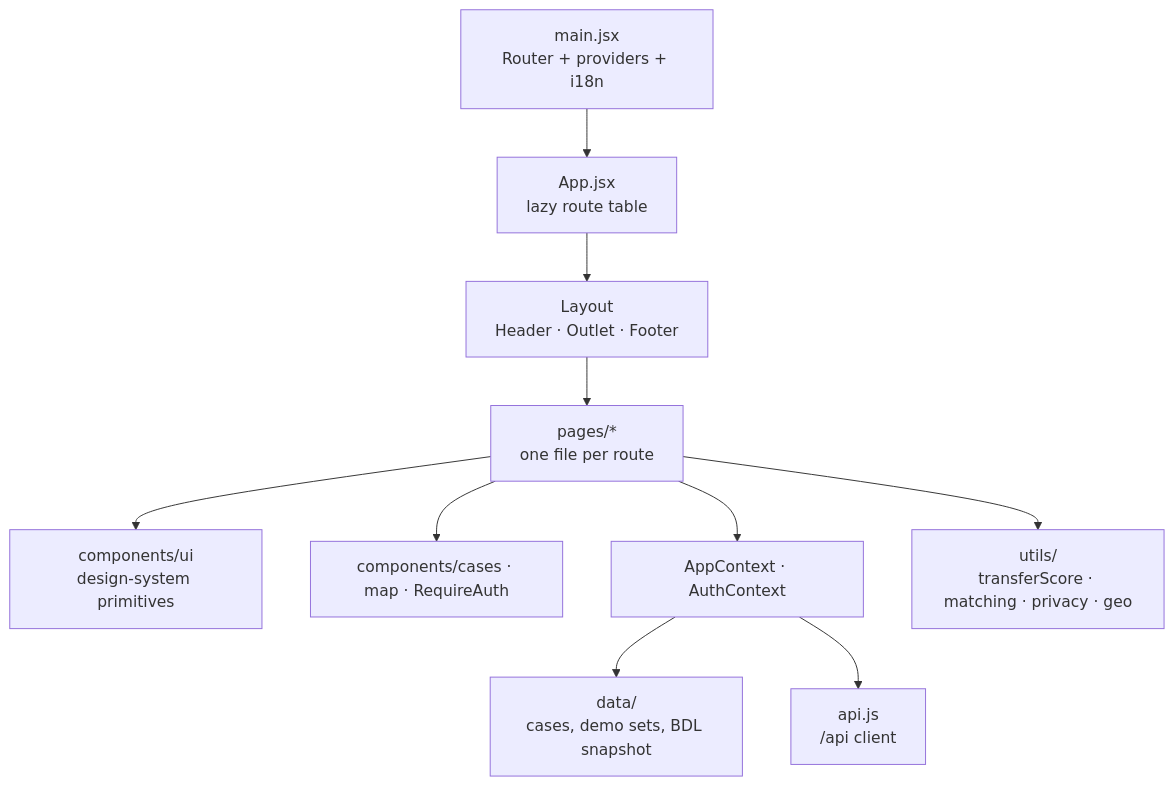
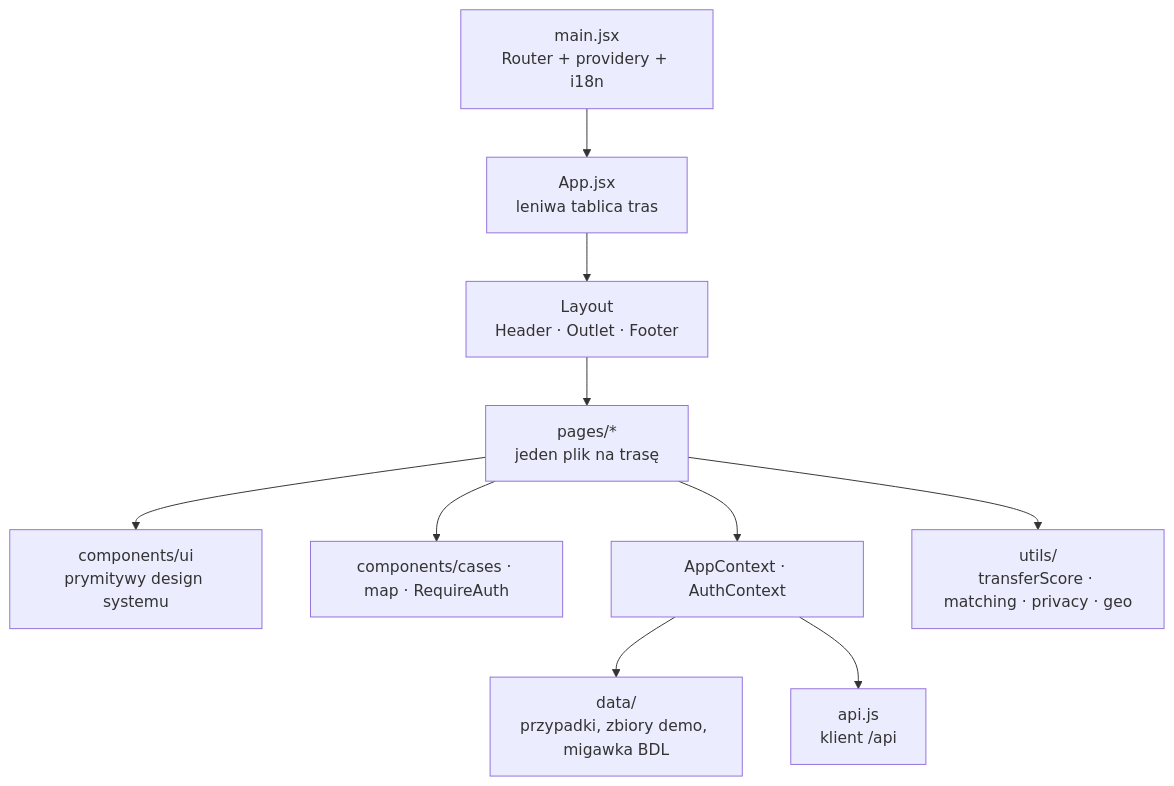
One commit to DLiHealer/bridgeway changed the third of 8 diagrams in docs/ARCHITECTURE.md. Above: the diagram before and after it, drawn with Mermaid. The commit also changed other lines of this file and 11 other files, not shown here.

````diff
--- a/docs/ARCHITECTURE.md
+++ b/docs/ARCHITECTURE.md
@@ -84,12 +84,12 @@
 ```mermaid
 flowchart TB
-  main[main.jsx<br/>Router + providers + i18n] --> App[App.jsx<br/>lazy route table]
+  main[main.jsx<br/>Router + providery + i18n] --> App[App.jsx<br/>leniwa tablica tras]
   App --> Layout[Layout<br/>Header · Outlet · Footer]
-  Layout --> Pages[pages/*<br/>one file per route]
-  Pages --> UI[components/ui<br/>design-system primitives]
+  Layout --> Pages[pages/*<br/>jeden plik na trasę]
+  Pages --> UI[components/ui<br/>prymitywy design systemu]
   Pages --> Feat[components/cases · map · RequireAuth]
   Pages --> Ctx[AppContext · AuthContext]
   Pages --> Utils[utils/<br/>transferScore · matching · privacy · geo]
-  Ctx --> Data[data/<br/>cases, demo sets, BDL snapshot]
-  Ctx --> Api[api.js<br/>/api client]
+  Ctx --> Data[data/<br/>przypadki, zbiory demo, migawka BDL]
+  Ctx --> Api[api.js<br/>klient /api]
 ```
````
